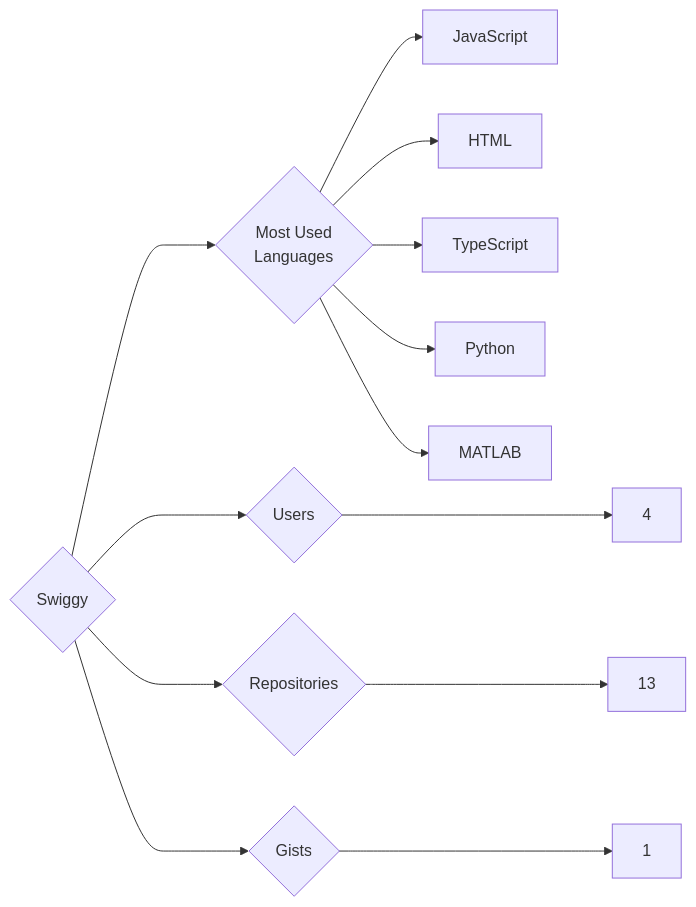
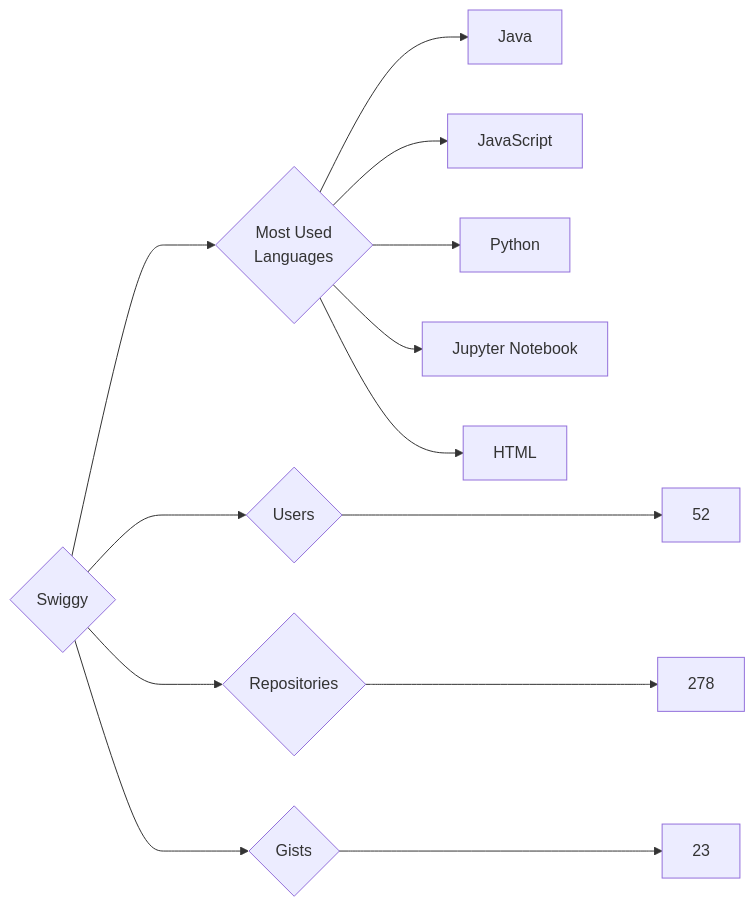
The diagram in targets/Swiggy/README.md (trickest/insiders), drawn with Mermaid before and after one commit. The commit also changed 748 other files, not shown here.

````diff
--- a/targets/Swiggy/README.md
+++ b/targets/Swiggy/README.md
@@ -3,13 +3,13 @@
 ```mermaid
 graph LR
 COMPANY_NAME{Swiggy}
-COMPANY_NAME ---> U{Users} ---> UN[4]
-COMPANY_NAME ---> R{Repositories} ---> RN[13]
-COMPANY_NAME ---> G{Gists} ---> GN[1]
+COMPANY_NAME ---> U{Users} ---> UN[52]
+COMPANY_NAME ---> R{Repositories} ---> RN[278]
+COMPANY_NAME ---> G{Gists} ---> GN[23]
 COMPANY_NAME ---> ML{Most Used<br>Languages}
+ML --> Java[Java]
 ML --> JavaScript[JavaScript]
+ML --> Python[Python]
+ML --> Jupyter_Notebook[Jupyter Notebook]
 ML --> HTML[HTML]
-ML --> TypeScript[TypeScript]
-ML --> Python[Python]
-ML --> MATLAB[MATLAB]
 ```
````
